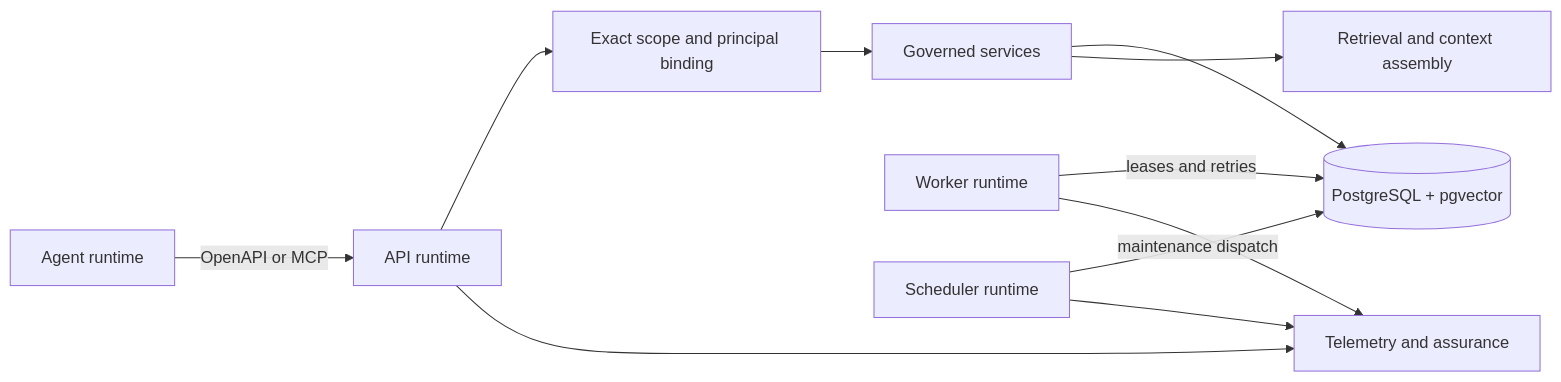
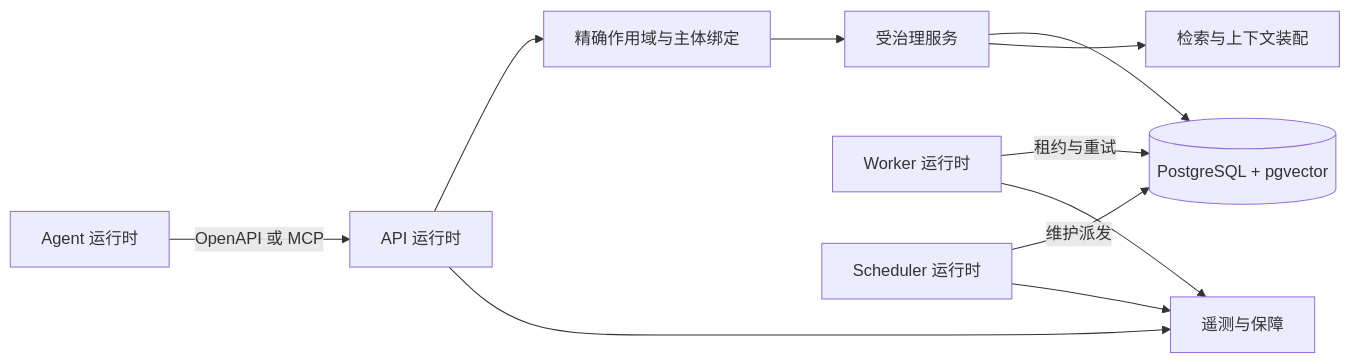
The first of 3 diagrams in docs/architecture.md (FelixSeptem/stele), drawn with Mermaid before and after one commit. The commit also changed other lines of this file and 38 other files, not shown here.

````diff
--- a/docs/architecture.md
+++ b/docs/architecture.md
@@ -16,13 +13,13 @@
 ```mermaid
 flowchart LR
-    A[Agent runtime] -->|OpenAPI or MCP| API[API runtime]
-    API --> B[Exact scope and principal binding]
-    B --> G[Governed services]
+    A[Agent 运行时] -->|OpenAPI 或 MCP| API[API 运行时]
+    API --> B[精确作用域与主体绑定]
+    B --> G[受治理服务]
     G --> P[(PostgreSQL + pgvector)]
-    G --> R[Retrieval and context assembly]
-    W[Worker runtime] -->|leases and retries| P
-    S[Scheduler runtime] -->|maintenance dispatch| P
-    API --> T[Telemetry and assurance]
+    G --> R[检索与上下文装配]
+    W[Worker 运行时] -->|租约与重试| P
+    S[Scheduler 运行时] -->|维护派发| P
+    API --> T[遥测与保障]
     W --> T
     S --> T
 ```
````
